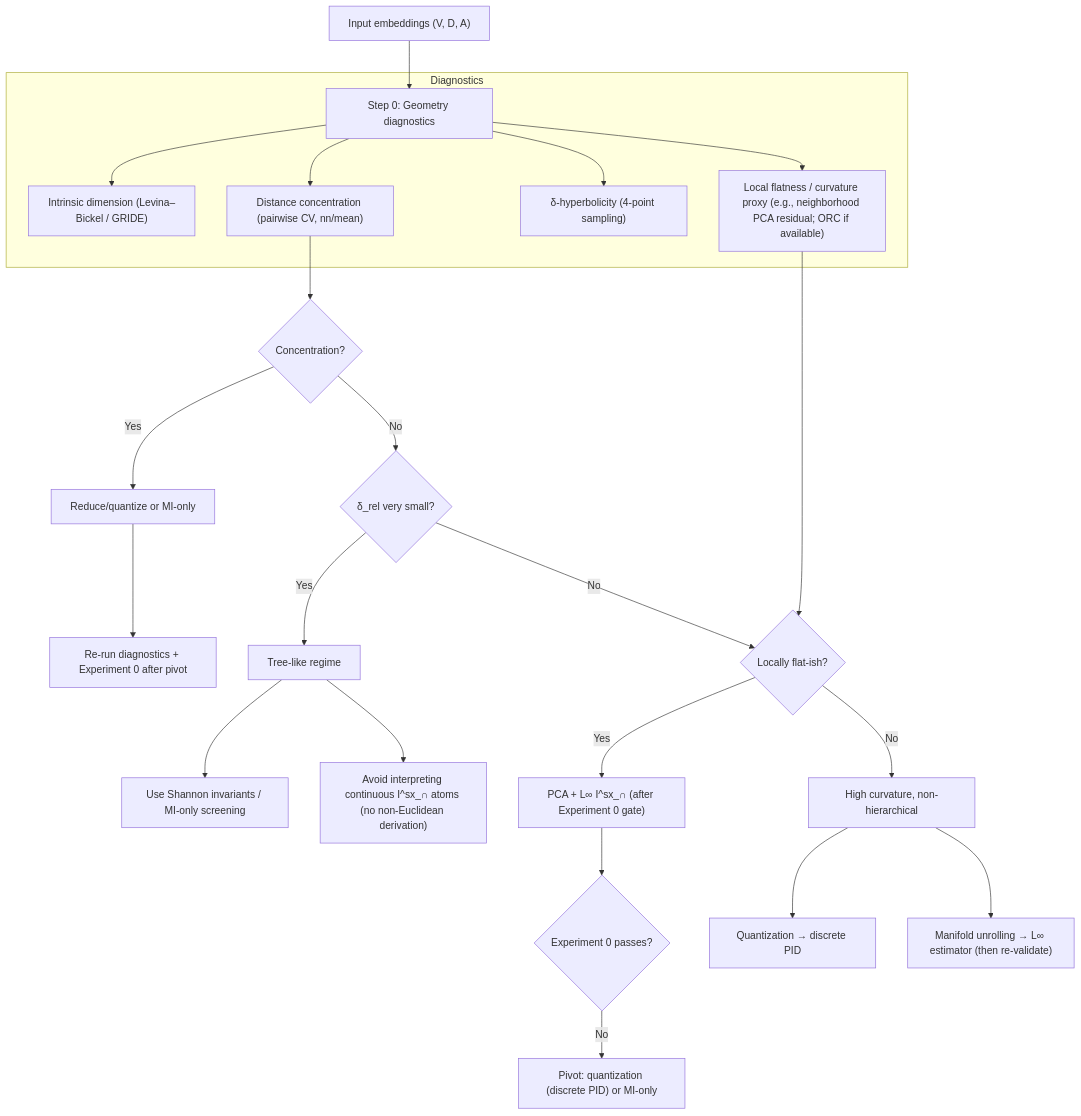
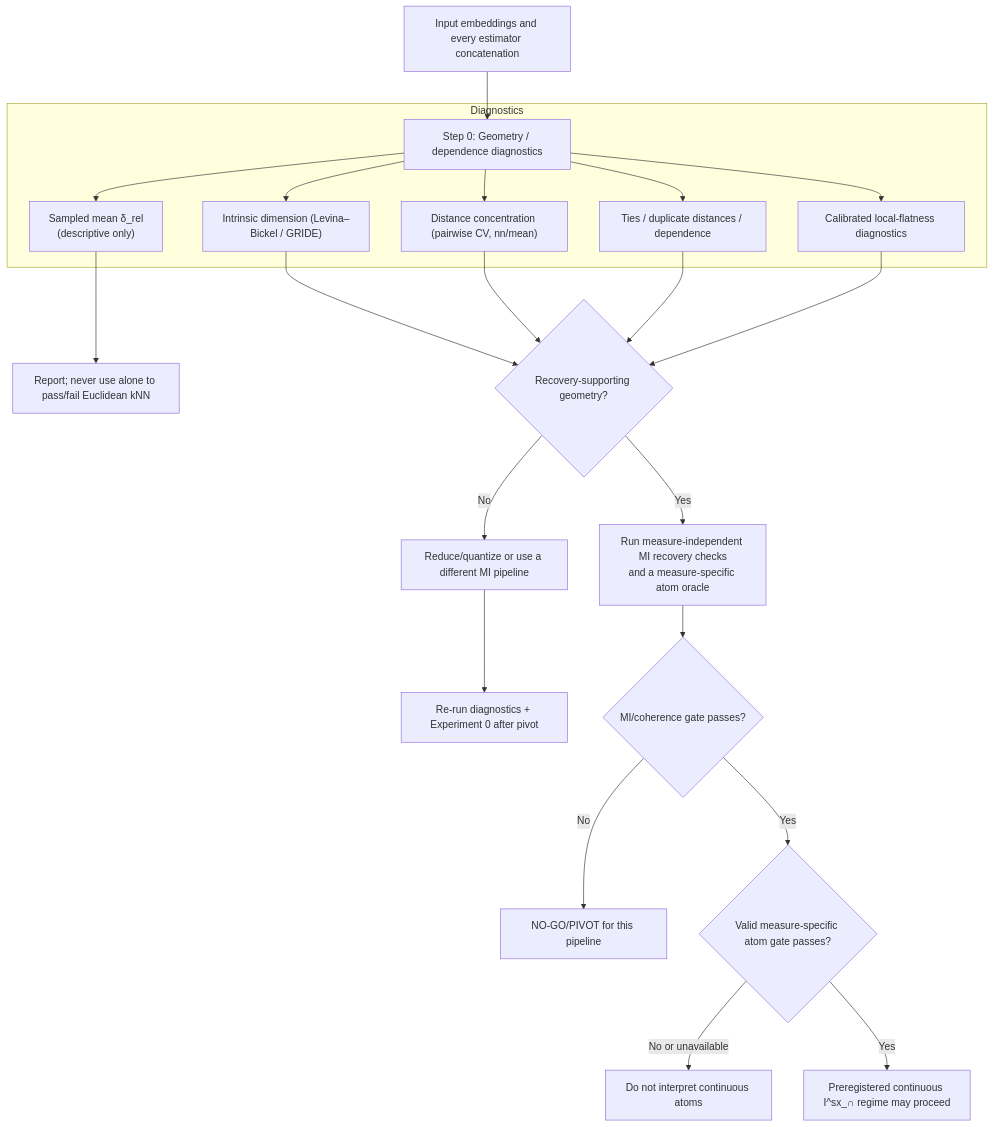
The sixth of 18 diagrams in DIAGRAMS.md (sepahead/prisoma), drawn with Mermaid before and after one commit. The commit also changed other lines of this file and 20 other files, not shown here.

````diff
--- a/DIAGRAMS.md
+++ b/DIAGRAMS.md
@@ -234,31 +251,27 @@
 ```mermaid
 flowchart TD
-    Start["Input embeddings (V, D, A)"] --> Diag[Step 0: Geometry diagnostics]
+    Start["Input embeddings and every estimator concatenation"] --> Diag[Step 0: Geometry / dependence diagnostics]
 
     subgraph "Diagnostics"
         Diag --> ID["Intrinsic dimension (Levina–Bickel / GRIDE)"]
         Diag --> DC["Distance concentration (pairwise CV, nn/mean)"]
-        Diag --> Delta["δ-hyperbolicity (4-point sampling)"]
-        Diag --> Flat["Local flatness / curvature proxy (e.g., neighborhood PCA residual; ORC if available)"]
+        Diag --> Ties["Ties / duplicate distances / dependence"]
+        Diag --> Delta["Sampled mean δ_rel<br/>(descriptive only)"]
+        Diag --> Flat["Calibrated local-flatness diagnostics"]
     end
 
-    DC --> ConcQ{Concentration?}
-    ConcQ -- Yes --> Reduce[Reduce/quantize or MI-only]
+    Delta --> DeltaNote["Report; never use alone to pass/fail Euclidean kNN"]
+    ID --> GeoGate{Recovery-supporting geometry?}
+    DC --> GeoGate
+    Ties --> GeoGate
+    Flat --> GeoGate
+
+    GeoGate -- No --> Reduce[Reduce/quantize or use a different MI pipeline]
     Reduce --> Note0[Re-run diagnostics + Experiment 0 after pivot]
-
-    ConcQ -- No --> Tree{δ_rel very small?}
-    Tree -- Yes --> Hier[Tree-like regime]
-    Hier --> SI[Use Shannon invariants / MI-only screening]
-    Hier --> Note1["Avoid interpreting continuous I^sx_∩ atoms (no non-Euclidean derivation)"]
-
-    Tree -- No --> FlatQ{Locally flat-ish?}
-    Flat --> FlatQ
-
-    FlatQ -- Yes --> Euclid["PCA + L∞ I^sx_∩ (after Experiment 0 gate)"]
-    Euclid --> Gate{Experiment 0 passes?}
-    Gate -- No --> Pivot["Pivot: quantization (discrete PID) or MI-only"]
-
-    FlatQ -- No --> Curved[High curvature, non-hierarchical]
-    Curved --> Quant[Quantization → discrete PID]
-    Curved --> Unroll["Manifold unrolling → L∞ estimator (then re-validate)"]
+    GeoGate -- Yes --> Exp0["Run measure-independent MI recovery checks<br/>and a measure-specific atom oracle"]
+    Exp0 --> MI{MI/coherence gate passes?}
+    MI -- No --> Pivot["NO-GO/PIVOT for this pipeline"]
+    MI -- Yes --> Atom{Valid measure-specific atom gate passes?}
+    Atom -- No or unavailable --> NoAtoms["Do not interpret continuous atoms"]
+    Atom -- Yes --> Euclid["Preregistered continuous I^sx_∩ regime may proceed"]
 ```
````
